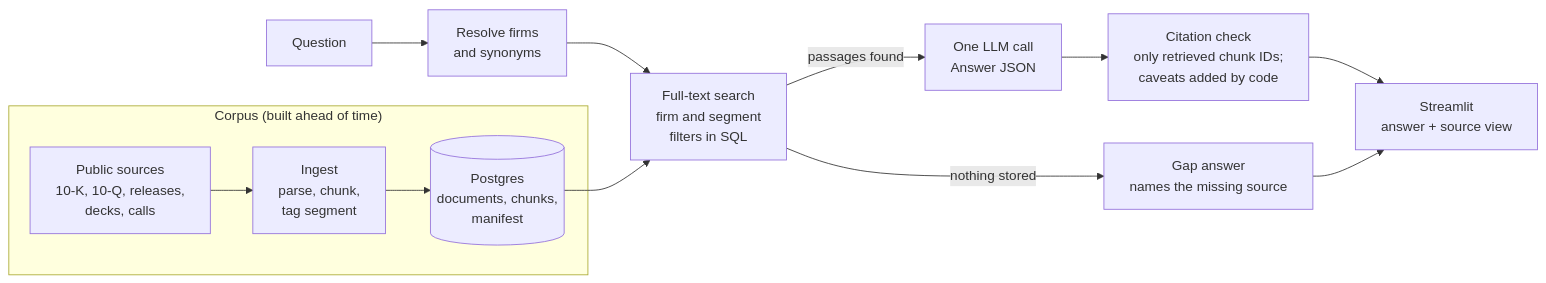
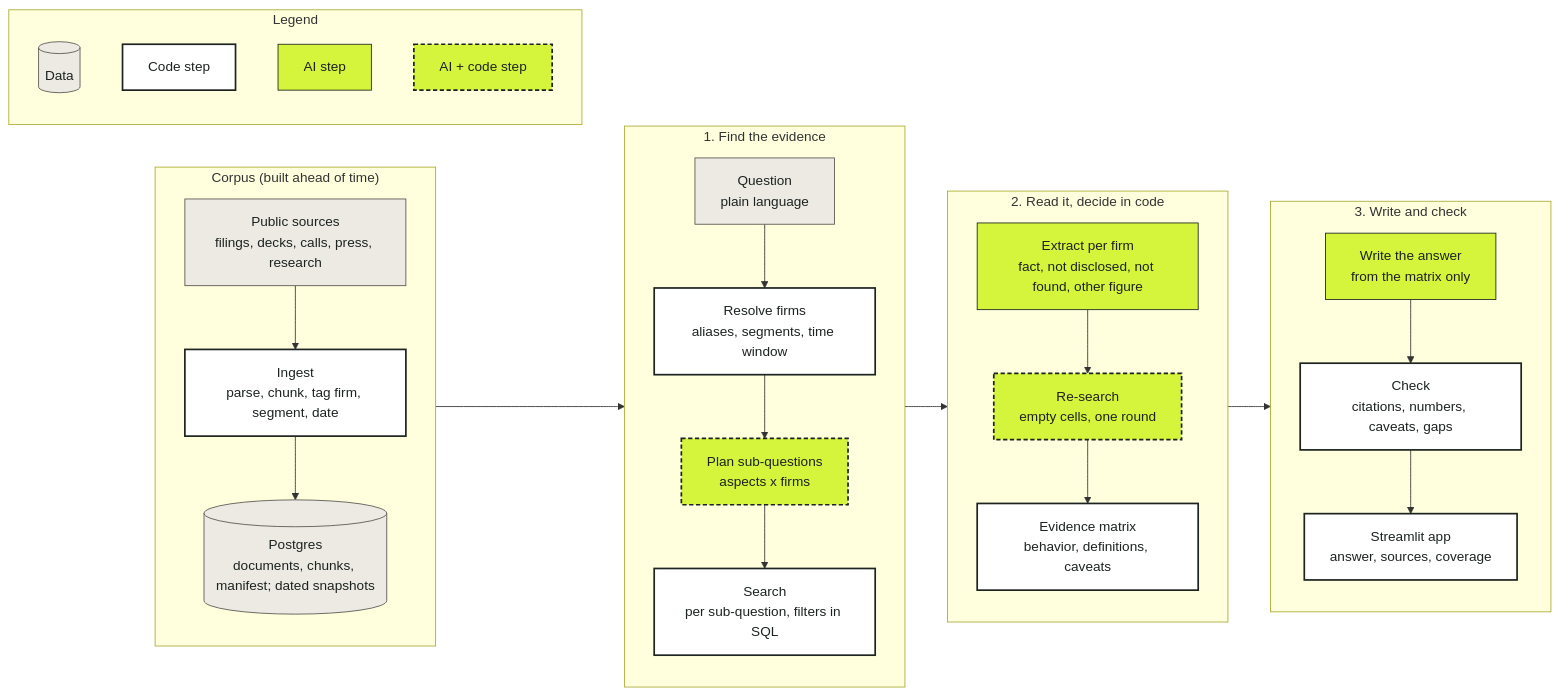
The diagram in README.md (RENEGADES20/Competitive-Evidence-Engine-EDJ), drawn with Mermaid before and after one commit. The commit also changed other lines of this file and 19 other files, not shown here.

Commit message:
Architecture page replaces Design; W11 README, ARCHITECTURE, RUN; verify-cee recipe and shots (#270)

````diff
--- a/README.md
+++ b/README.md
@@ -34,15 +42,42 @@
 ```mermaid
 flowchart LR
     subgraph Build["Corpus (built ahead of time)"]
-        S["Public sources<br/>10-K, 10-Q, releases,<br/>decks, calls"] --> I["Ingest<br/>parse, chunk,<br/>tag segment"]
-        I --> DB[("Postgres<br/>documents, chunks,<br/>manifest")]
+        direction TB
+        S["Public sources<br/>filings, decks, calls, press, research"] --> I["Ingest<br/>parse, chunk, tag firm, segment, date"]
+        I --> DB[("Postgres<br/>documents, chunks, manifest; dated snapshots")]
     end
-    Q["Question"] --> R["Resolve firms<br/>and synonyms"]
-    R --> F["Full-text search<br/>firm and segment<br/>filters in SQL"]
+    subgraph Find["1. Find the evidence"]
+        direction TB
+        Q["Question<br/>plain language"] --> R["Resolve firms<br/>aliases, segments, time window"]
+        R --> P["Plan sub-questions<br/>aspects x firms"]
+        P --> F["Search<br/>per sub-question, filters in SQL"]
+    end
+    subgraph Read["2. Read it, decide in code"]
+        direction TB
+        X["Extract per firm<br/>fact, not disclosed, not found, other figure"] --> C["Re-search<br/>empty cells, one round"]
+        C --> M["Evidence matrix<br/>behavior, definitions, caveats"]
+    end
+    subgraph Write["3. Write and check"]
+        direction TB
+        W["Write the answer<br/>from the matrix only"] --> K["Check<br/>citations, numbers, caveats, gaps"]
+        K --> U["Streamlit app<br/>answer, sources, coverage"]
+    end
     DB --> F
-    F -->|passages found| L["One LLM call<br/>Answer JSON"]
-    F -->|nothing stored| G["Gap answer<br/>names the missing source"]
-    L --> C["Citation check<br/>only retrieved chunk IDs;<br/>caveats added by code"]
-    C --> U["Streamlit<br/>answer + source view"]
-    G --> U
+    F --> X
+    M --> W
+    subgraph Legend
+        direction TB
+        k1[("Data")]
+        k2["Code step"]
+        k3["AI step"]
+        k4["AI + code step"]
+    end
+    classDef data fill:#ECEAE3,stroke:#57534E,color:#1C2321
+    classDef code fill:#FFFFFF,stroke:#1C2321,stroke-width:2px,color:#1C2321
+    classDef ai fill:#D4F53C,stroke:#1C2321,color:#1C2321
+    classDef aicode fill:#D4F53C,stroke:#1C2321,stroke-width:2px,stroke-dasharray:5 3,color:#1C2321
+    class S,DB,Q,k1 data
+    class I,R,F,M,K,U,k2 code
+    class X,W,k3 ai
+    class P,C,k4 aicode
 ```
````
